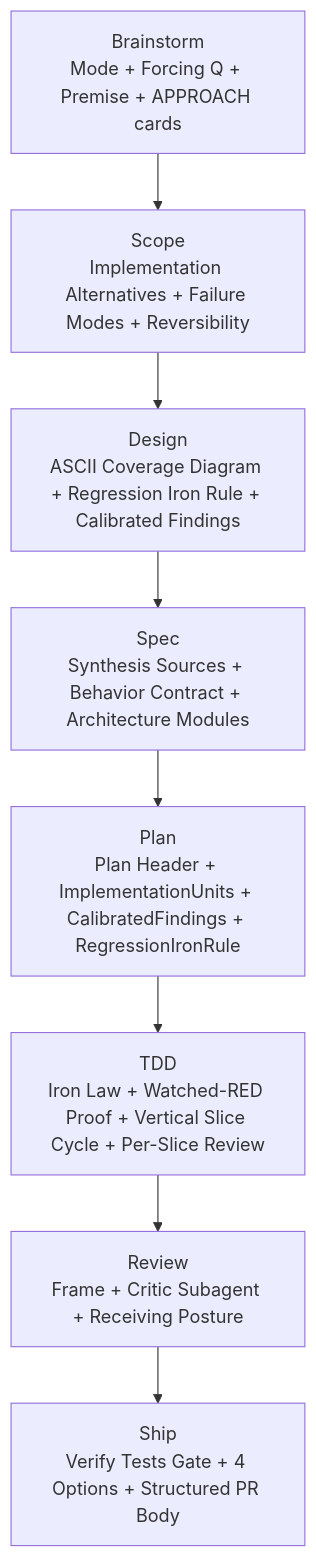
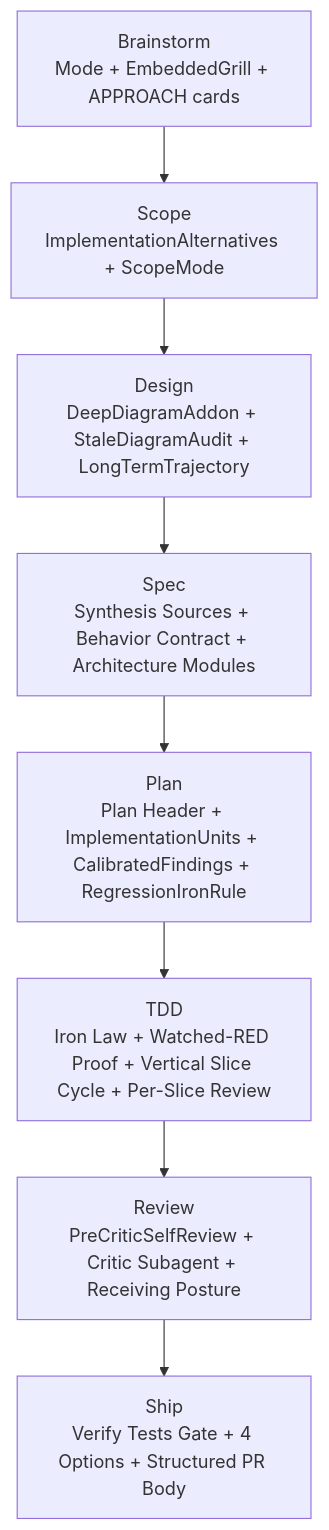
The second of 2 diagrams in docs/quality-gates.md (zuevrs/cclaw), drawn with Mermaid before and after one commit. The commit also changed other lines of this file and 12 other files, not shown here.

````diff
--- a/docs/quality-gates.md
+++ b/docs/quality-gates.md
@@ -139,13 +131,13 @@
 ```mermaid
 flowchart TD
-  B[Brainstorm<br/>Mode + Forcing Q + Premise + APPROACH cards]
-  S[Scope<br/>Implementation Alternatives + Failure Modes + Reversibility]
-  D[Design<br/>ASCII Coverage Diagram + Regression Iron Rule + Calibrated Findings]
+  B[Brainstorm<br/>Mode + EmbeddedGrill + APPROACH cards]
+  S[Scope<br/>ImplementationAlternatives + ScopeMode]
+  D[Design<br/>DeepDiagramAddon + StaleDiagramAudit + LongTermTrajectory]
   SP[Spec<br/>Synthesis Sources + Behavior Contract + Architecture Modules]
   P[Plan<br/>Plan Header + ImplementationUnits + CalibratedFindings + RegressionIronRule]
   T[TDD<br/>Iron Law + Watched-RED Proof + Vertical Slice Cycle + Per-Slice Review]
-  R[Review<br/>Frame + Critic Subagent + Receiving Posture]
+  R[Review<br/>PreCriticSelfReview + Critic Subagent + Receiving Posture]
   SH[Ship<br/>Verify Tests Gate + 4 Options + Structured PR Body]
 
   B --> S --> D --> SP --> P --> T --> R --> SH
 ```
````
